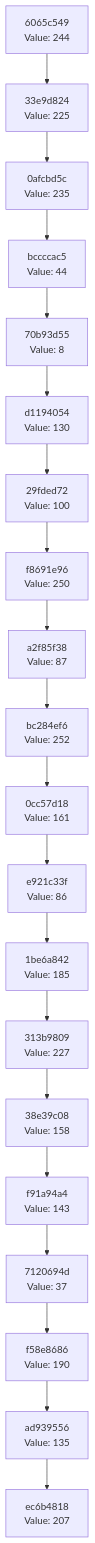
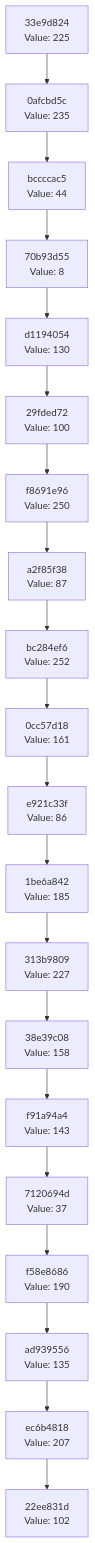
One commit to Abhisheksinha1506/hash-chain-evolver changed the diagram in docs/CHAIN_VISUALIZATION.md. Above: the diagram before and after it, drawn with Mermaid. The commit also changed 3 other files, not shown here.

````diff
--- a/docs/CHAIN_VISUALIZATION.md
+++ b/docs/CHAIN_VISUALIZATION.md
@@ -3,42 +3,42 @@
 ```mermaid
 graph TD
-    C0["ec6b4818<br/>Value: 207"]
-    C1["ad939556<br/>Value: 135"]
+    C0["22ee831d<br/>Value: 102"]
+    C1["ec6b4818<br/>Value: 207"]
     C1 --> C0
-    C2["f58e8686<br/>Value: 190"]
+    C2["ad939556<br/>Value: 135"]
     C2 --> C1
-    C3["7120694d<br/>Value: 37"]
+    C3["f58e8686<br/>Value: 190"]
     C3 --> C2
-    C4["f91a94a4<br/>Value: 143"]
+    C4["7120694d<br/>Value: 37"]
     C4 --> C3
-    C5["38e39c08<br/>Value: 158"]
+    C5["f91a94a4<br/>Value: 143"]
     C5 --> C4
-    C6["313b9809<br/>Value: 227"]
+    C6["38e39c08<br/>Value: 158"]
     C6 --> C5
-    C7["1be6a842<br/>Value: 185"]
+    C7["313b9809<br/>Value: 227"]
     C7 --> C6
-    C8["e921c33f<br/>Value: 86"]
+    C8["1be6a842<br/>Value: 185"]
     C8 --> C7
-    C9["0cc57d18<br/>Value: 161"]
+    C9["e921c33f<br/>Value: 86"]
     C9 --> C8
-    C10["bc284ef6<br/>Value: 252"]
+    C10["0cc57d18<br/>Value: 161"]
     C10 --> C9
-    C11["a2f85f38<br/>Value: 87"]
+    C11["bc284ef6<br/>Value: 252"]
     C11 --> C10
-    C12["f8691e96<br/>Value: 250"]
+    C12["a2f85f38<br/>Value: 87"]
     C12 --> C11
-    C13["29fded72<br/>Value: 100"]
+    C13["f8691e96<br/>Value: 250"]
     C13 --> C12
-    C14["d1194054<br/>Value: 130"]
+    C14["29fded72<br/>Value: 100"]
     C14 --> C13
-    C15["70b93d55<br/>Value: 8"]
+    C15["d1194054<br/>Value: 130"]
     C15 --> C14
-    C16["bccccac5<br/>Value: 44"]
+    C16["70b93d55<br/>Value: 8"]
     C16 --> C15
-    C17["0afcbd5c<br/>Value: 235"]
+    C17["bccccac5<br/>Value: 44"]
     C17 --> C16
-    C18["33e9d824<br/>Value: 225"]
+    C18["0afcbd5c<br/>Value: 235"]
     C18 --> C17
-    C19["6065c549<br/>Value: 244"]
+    C19["33e9d824<br/>Value: 225"]
     C19 --> C18
 ```
````
